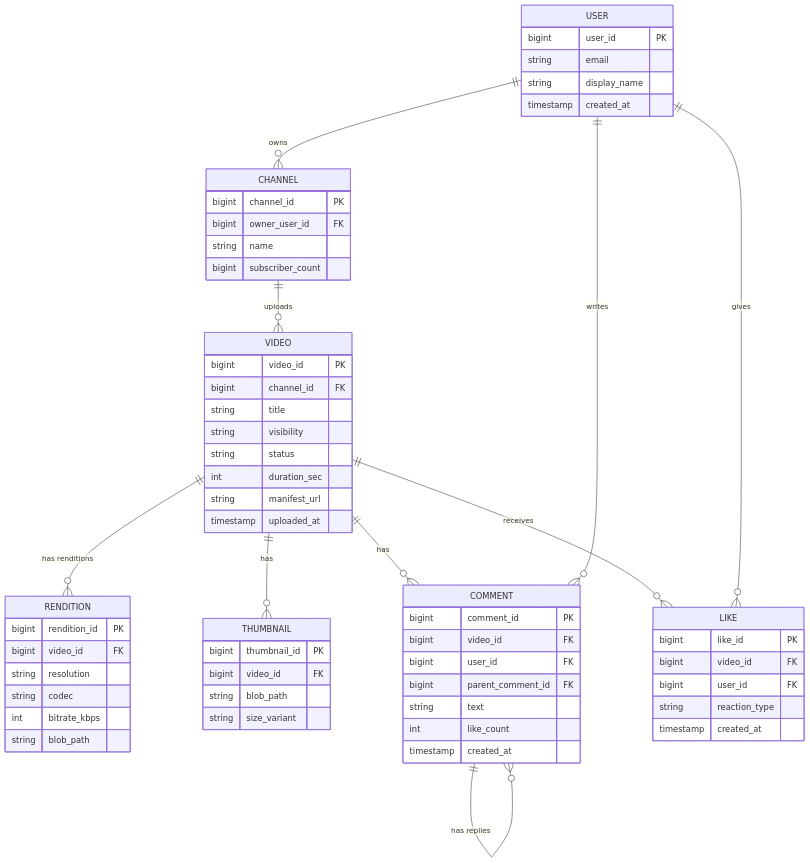
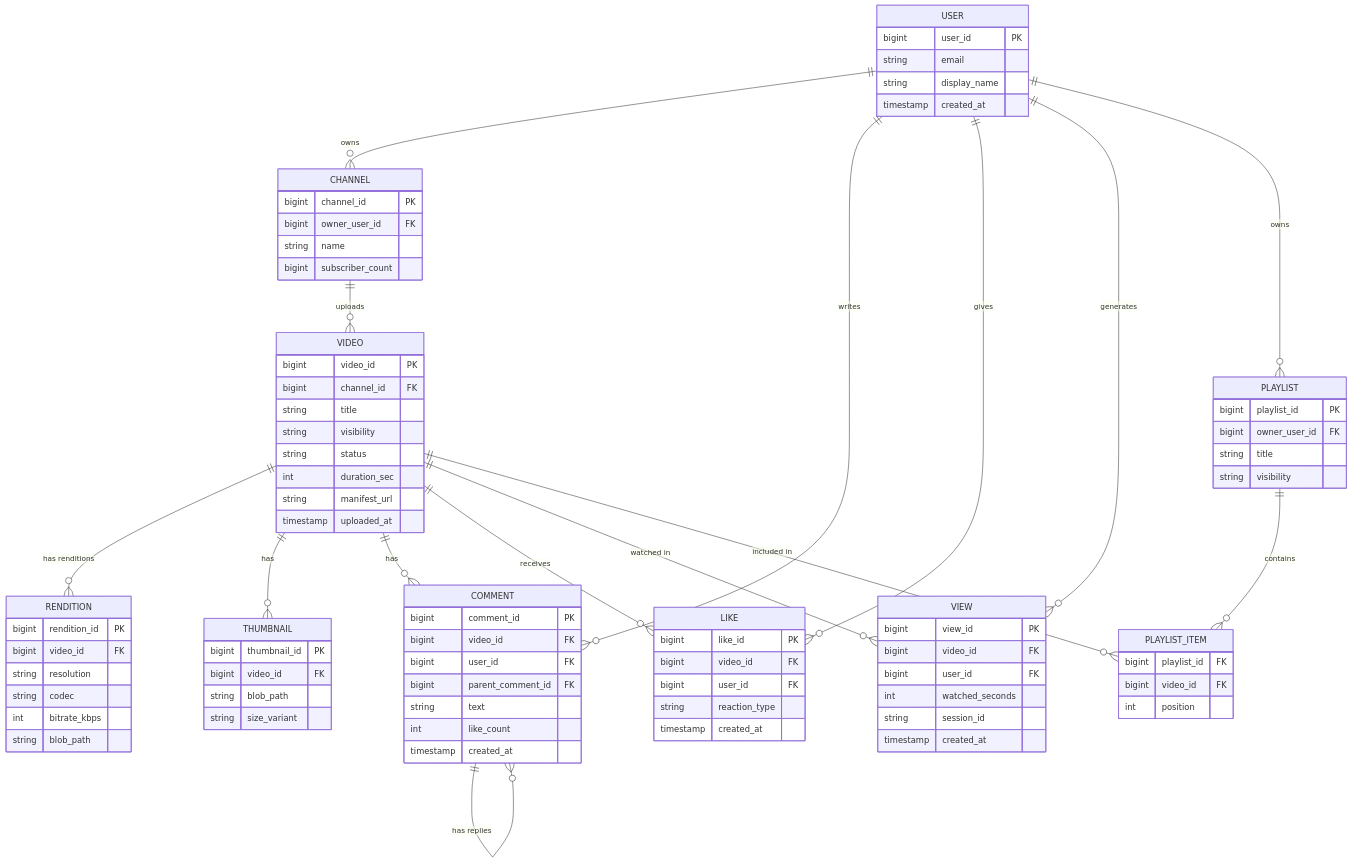
The tenth of 23 diagrams in system-design/HLD/0-course/26-Design YouTube-FAANG-Guide.md (riyaz-pasha/Learnings), drawn with Mermaid before and after one commit. The commit also changed other lines of this file and 50 other files, not shown here.

````diff
--- a/system-design/HLD/0-course/26-Design YouTube-FAANG-Guide.md
+++ b/system-design/HLD/0-course/26-Design YouTube-FAANG-Guide.md
@@ -324,6 +403,11 @@
     VIDEO ||--o{ LIKE : receives
     USER ||--o{ LIKE : gives
     COMMENT ||--o{ COMMENT : "has replies"
+    VIDEO ||--o{ VIEW : "watched in"
+    USER ||--o{ VIEW : generates
+    USER ||--o{ PLAYLIST : owns
+    PLAYLIST ||--o{ PLAYLIST_ITEM : contains
+    VIDEO ||--o{ PLAYLIST_ITEM : "included in"
 
     USER {
         bigint user_id PK
@@ -377,4 +461,23 @@
         string reaction_type
         timestamp created_at
     }
+    VIEW {
+        bigint view_id PK
+        bigint video_id FK
+        bigint user_id FK
+        int watched_seconds
+        string session_id
+        timestamp created_at
+    }
+    PLAYLIST {
+        bigint playlist_id PK
+        bigint owner_user_id FK
+        string title
+        string visibility
+    }
+    PLAYLIST_ITEM {
+        bigint playlist_id FK
+        bigint video_id FK
+        int position
+    }
 ```
````
